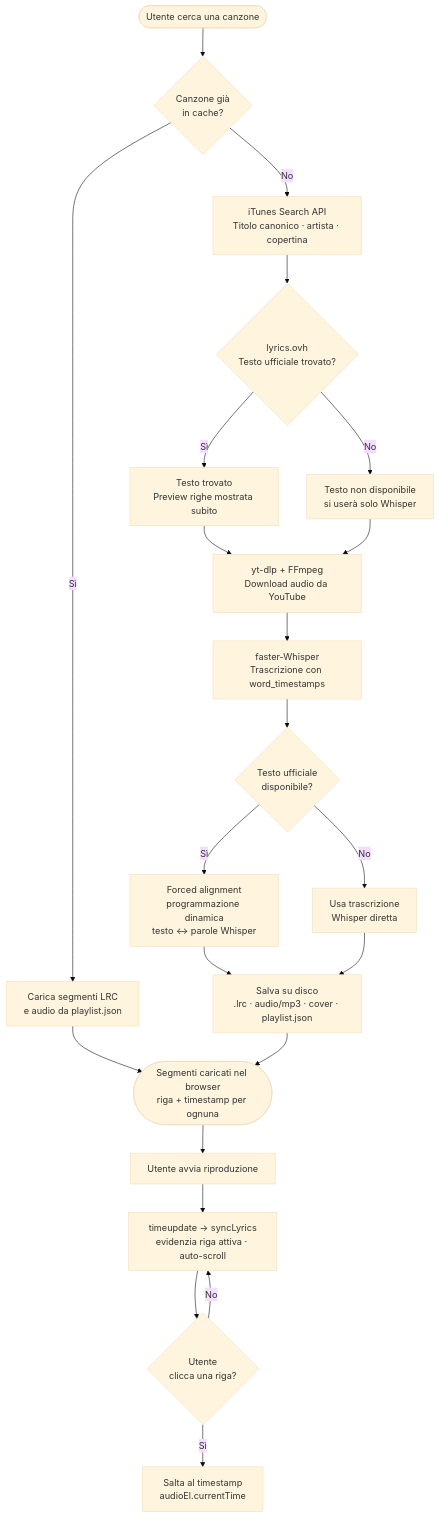
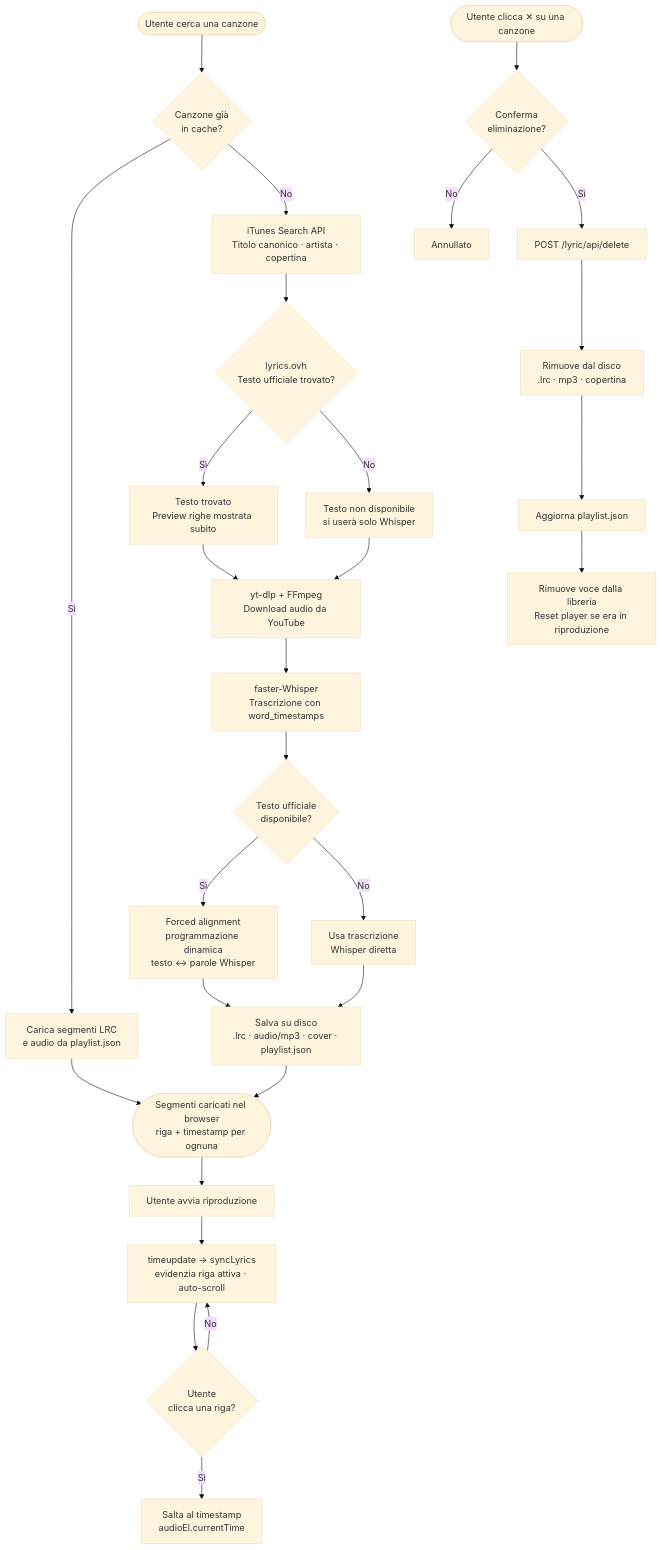
Before and after one commit to AlbertoBruscoliniMain/RaxeusAI: the third of 4 diagrams in REQUISITI_PROGETTO.md, drawn with Mermaid (base theme). The commit also changed other lines of this file, not shown here.

Commit message:
Requisiti: aggiunti flussi crea/elimina chat, modifica colore e elimina canzone cache nei diagrammi 6.5 e 6.6

````diff
--- a/REQUISITI_PROGETTO.md
+++ b/REQUISITI_PROGETTO.md
@@ -278,30 +288,38 @@
 ```mermaid
 flowchart TD
     START([Utente cerca una canzone]) --> CACHE{Canzone già\nin cache?}
 
     CACHE -->|Sì| HIT[Carica segmenti LRC\ne audio da playlist.json]
     HIT --> PLAYER
 
     CACHE -->|No| IT[iTunes Search API\nTitolo canonico · artista · copertina]
     IT --> LY{lyrics.ovh\nTesto ufficiale trovato?}
 
     LY -->|Sì| LP[Testo trovato\nPreview righe mostrata subito]
     LY -->|No| LN[Testo non disponibile\nsi userà solo Whisper]
 
     LP & LN --> DL[yt-dlp + FFmpeg\nDownload audio da YouTube]
     DL --> WH[faster-Whisper\nTrascrizione con word_timestamps]
 
     WH --> ALIGN{Testo ufficiale\ndisponibile?}
     ALIGN -->|Sì| FA[Forced alignment\nprogrammazione dinamica\ntesto ↔ parole Whisper]
     ALIGN -->|No| WT[Usa trascrizione\nWhisper diretta]
 
     FA & WT --> SAVE[Salva su disco\n.lrc · audio/mp3 · cover · playlist.json]
     SAVE --> PLAYER
 
     PLAYER([Segmenti caricati nel browser\nriga + timestamp per ognuna])
     PLAYER --> PLAY[Utente avvia riproduzione]
     PLAY --> SYNC[timeupdate → syncLyrics\nevidenzia riga attiva · auto-scroll]
     SYNC --> SEEK{Utente\nclicca una riga?}
     SEEK -->|Sì| JMP[Salta al timestamp\naudioEl.currentTime]
     SEEK -->|No| SYNC
+
+    %% ── Elimina canzone dalla cache ─────────────────
+    DEL([Utente clicca ✕ su una canzone]) --> CONF{Conferma\neliminazione?}
+    CONF -->|No| CANCEL[Annullato]
+    CONF -->|Sì| DAPI[POST /lyric/api/delete]
+    DAPI --> DFILES[Rimuove dal disco\n.lrc · mp3 · copertina]
+    DFILES --> DJSON[Aggiorna playlist.json]
+    DJSON --> DUI[Rimuove voce dalla libreria\nReset player se era in riproduzione]
 ```
````
